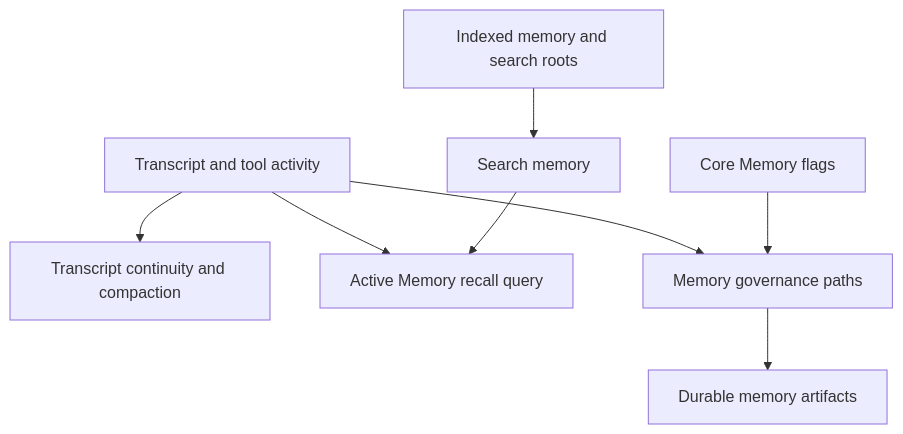
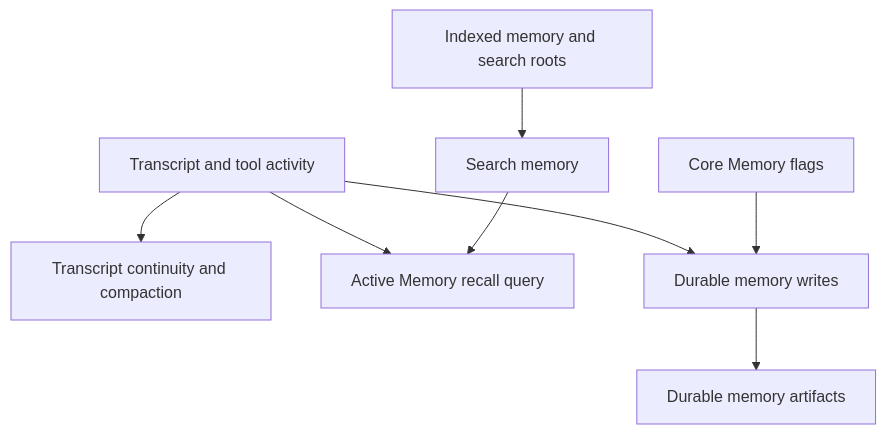
The diagram in docs/guide/memory-systems.md (tulkun-lab/tulkun-lab.github.io), drawn with Mermaid before and after one commit. The commit also changed other lines of this file and 2 other files, not shown here.

Commit message:
Remove memory promotion docs

````diff
--- a/docs/guide/memory-systems.md
+++ b/docs/guide/memory-systems.md
@@ -28,10 +28,10 @@
 ```mermaid
 flowchart TB
     A["Transcript and tool activity"] --> B["Transcript continuity and compaction"]
     A --> C["Active Memory recall query"]
     D["Indexed memory and search roots"] --> E["Search memory"]
     E --> C
-    A --> F["Memory governance paths"]
+    A --> F["Durable memory writes"]
     F --> G["Durable memory artifacts"]
     H["Core Memory flags"] --> F
 ```
````
